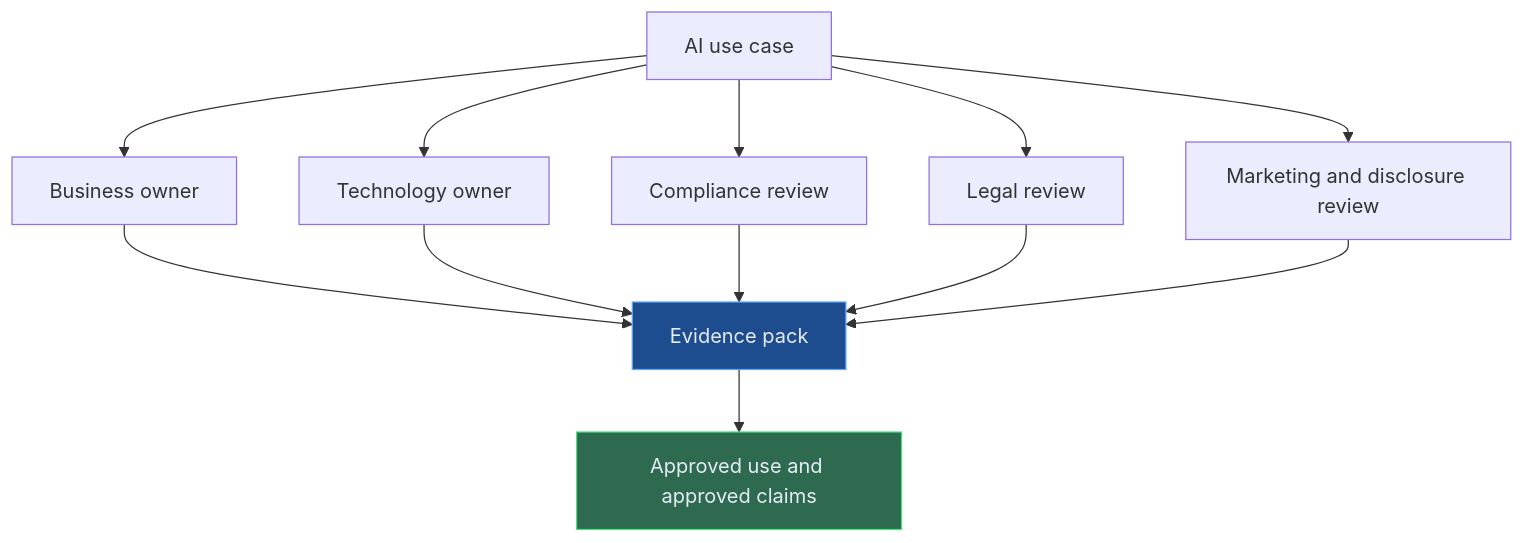
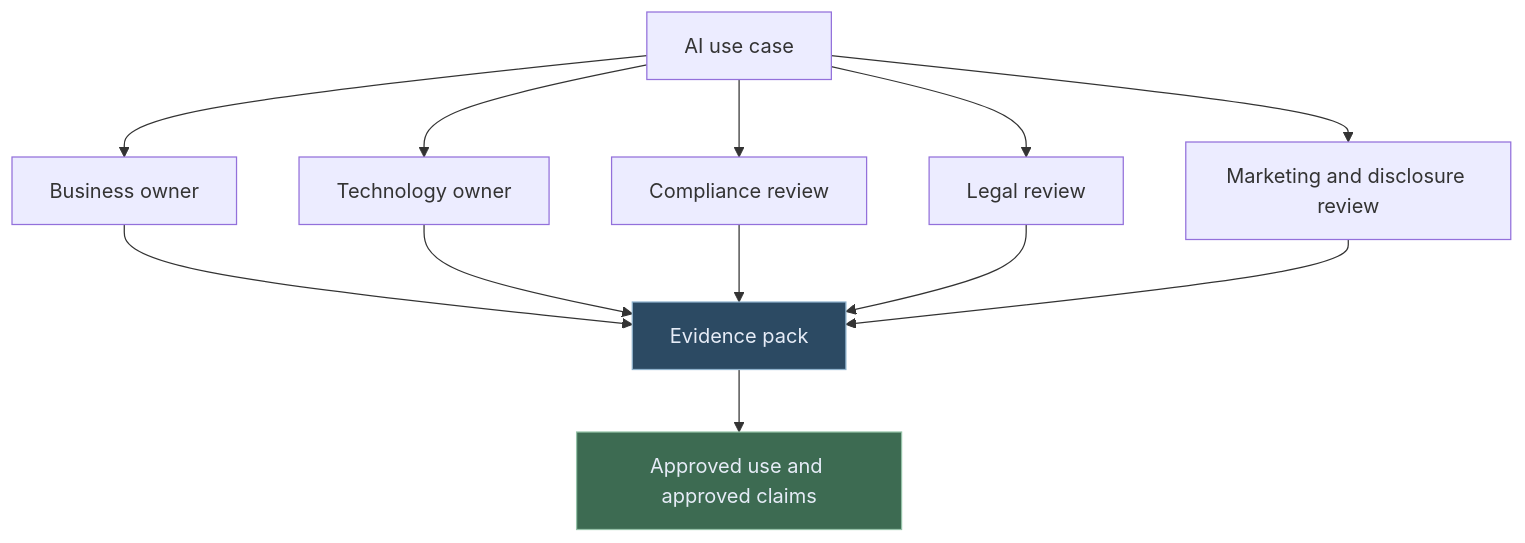
Before and after one commit to lorvexai/lorvexai: the second of 2 diagrams in blog/sec-and-ai-ai-washing-predictive-analytics-conflicts-disclosure-risk.md, drawn with Mermaid. The commit also changed other lines of this file and 16 other files, not shown here.

First line of the commit message:
Retune hardcoded Mermaid node colors to match the site palette

````diff
--- a/blog/sec-and-ai-ai-washing-predictive-analytics-conflicts-disclosure-risk.md
+++ b/blog/sec-and-ai-ai-washing-predictive-analytics-conflicts-disclosure-risk.md
@@ -76,17 +76,17 @@
 ```mermaid
 flowchart TB
   A[AI use case] --> B[Business owner]
   A --> C[Technology owner]
   A --> D[Compliance review]
   A --> E[Legal review]
   A --> F[Marketing and disclosure review]
   B --> G[Evidence pack]
   C --> G
   D --> G
   E --> G
   F --> G
   G --> H[Approved use and approved claims]
 
-  style G fill:#1D4C8F,stroke:#60a5fa,color:#E6ECF7
-  style H fill:#2D6A4F,stroke:#4ade80,color:#E6ECF7
+  style G fill:#2C4A63,stroke:#8FB2CC,color:#E6ECF7
+  style H fill:#3D6B52,stroke:#95C2A8,color:#E6ECF7
 ```
````
